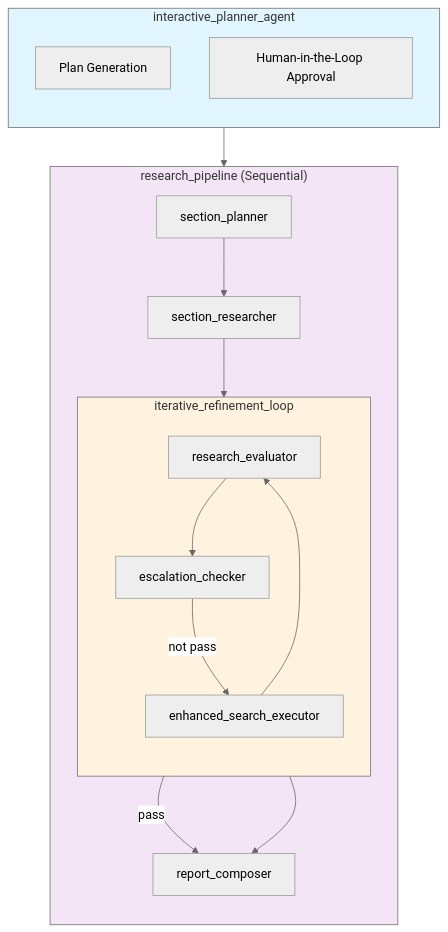
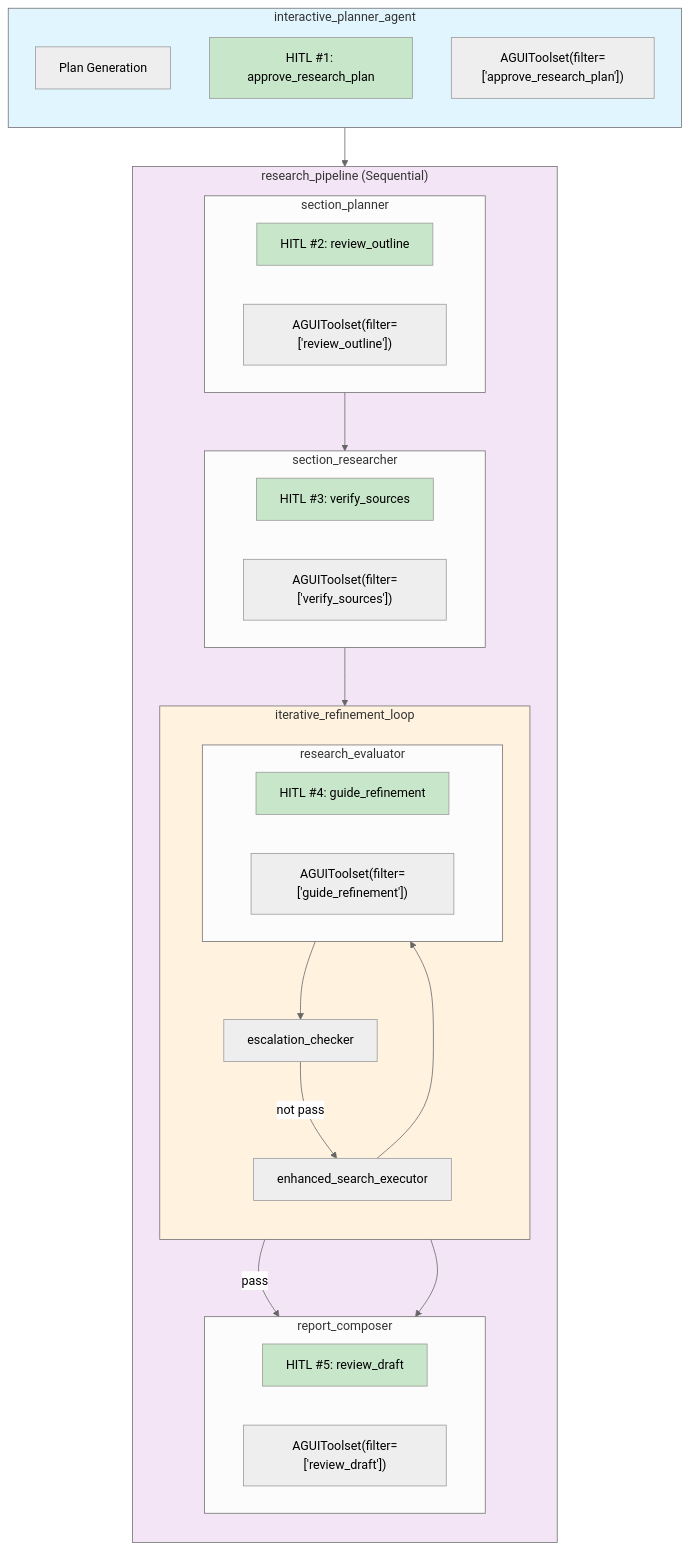
One commit to Contextable/ag-ui changed the second of 9 diagrams in deep_search_poc_plan/ARCHITECTURE_DIAGRAMS.md. Above: the diagram before and after it, drawn with Mermaid (neutral theme). The commit also changed other lines of this file and 1 other file, not shown here.

First line of the commit message:
Enhance Deep Search POC plan with AGUIToolset for sub-agent HITL

````diff
--- a/deep_search_poc_plan/ARCHITECTURE_DIAGRAMS.md
+++ b/deep_search_poc_plan/ARCHITECTURE_DIAGRAMS.md
@@ -50,36 +82,56 @@
 ```mermaid
 graph TB
     subgraph Root["interactive_planner_agent"]
         direction TB
         P[Plan Generation]
-        HITL[Human-in-the-Loop Approval]
+        HITL1["HITL #1: approve_research_plan"]
+        TS1["AGUIToolset(filter=['approve_research_plan'])"]
     end
 
     subgraph Pipeline["research_pipeline (Sequential)"]
         direction TB
-        SP[section_planner]
-        SR[section_researcher]
+
+        subgraph SP["section_planner"]
+            HITL2["HITL #2: review_outline"]
+            TS2["AGUIToolset(filter=['review_outline'])"]
+        end
+
+        subgraph SR["section_researcher"]
+            HITL3["HITL #3: verify_sources"]
+            TS3["AGUIToolset(filter=['verify_sources'])"]
+        end
 
         subgraph Loop["iterative_refinement_loop"]
             direction TB
-            RE[research_evaluator]
+            subgraph RE["research_evaluator"]
+                HITL4["HITL #4: guide_refinement"]
+                TS4["AGUIToolset(filter=['guide_refinement'])"]
+            end
             EC[escalation_checker]
             ES[enhanced_search_executor]
         end
 
-        RC[report_composer]
+        subgraph RC["report_composer"]
+            HITL5["HITL #5: review_draft"]
+            TS5["AGUIToolset(filter=['review_draft'])"]
+        end
     end
 
     Root --> Pipeline
     SP --> SR
     SR --> Loop
     RE --> EC
     EC -->|not pass| ES
     ES --> RE
     EC -->|pass| RC
     Loop --> RC
 
     style Root fill:#e1f5fe
     style Pipeline fill:#f3e5f5
     style Loop fill:#fff3e0
+    style HITL1 fill:#c8e6c9
+    style HITL2 fill:#c8e6c9
+    style HITL3 fill:#c8e6c9
+    style HITL4 fill:#c8e6c9
+    style HITL5 fill:#c8e6c9
 ```
````
